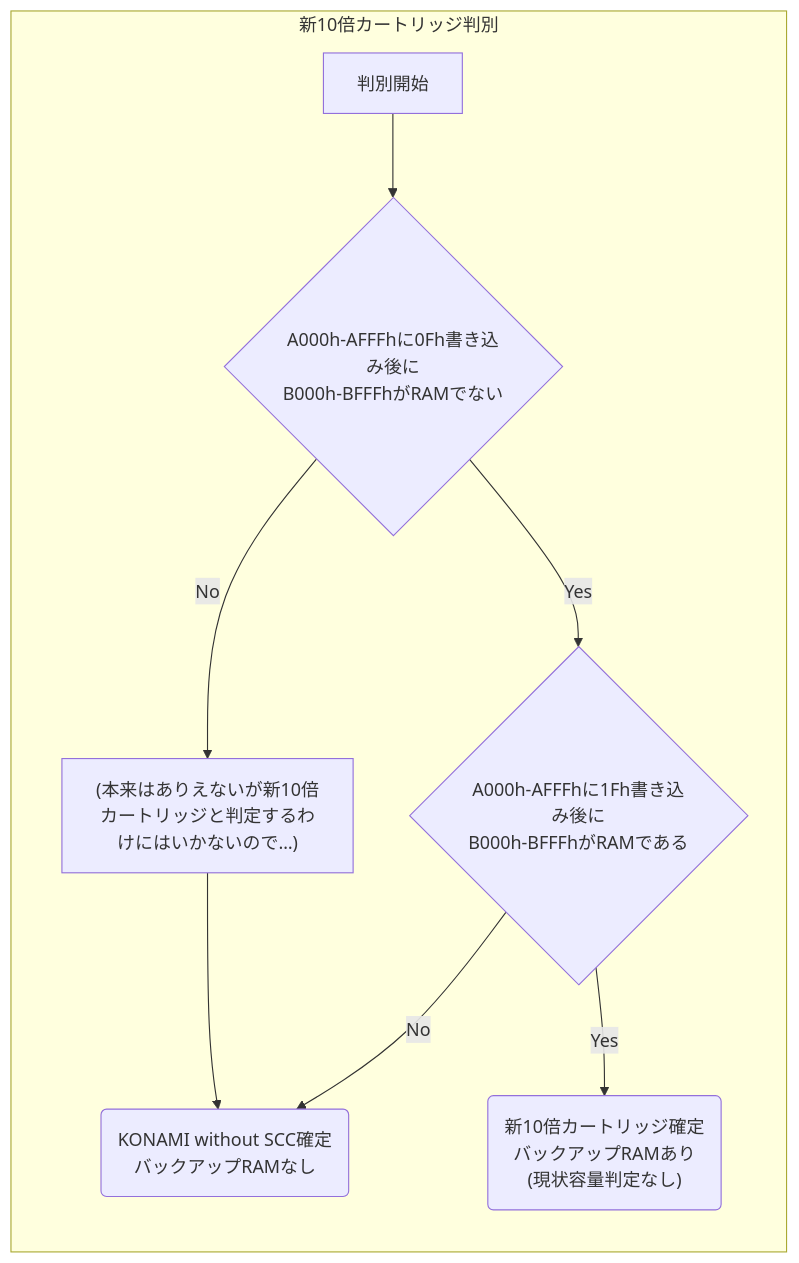
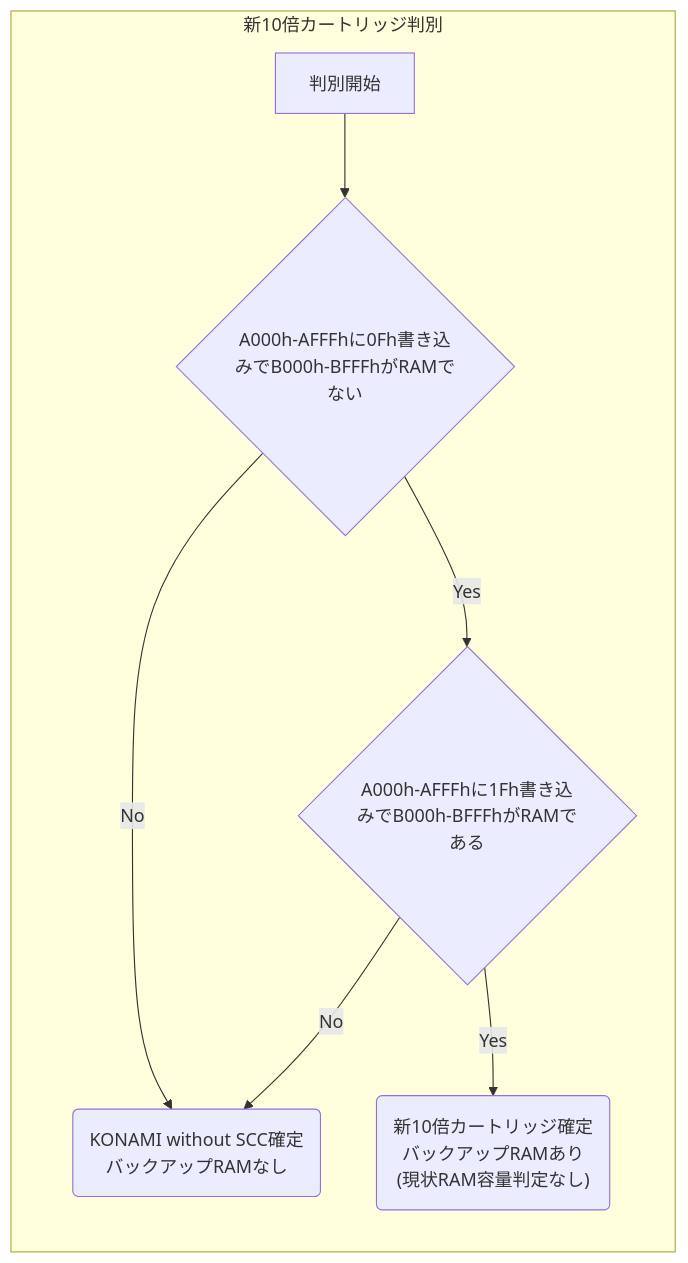
One commit to goriponsoft/MSX-MegaROM-IdentificationTool changed the diagram in flow_knm.md. Above: the diagram before and after it, drawn with Mermaid. The commit also changed other lines of this file and 5 other files, not shown here.

````diff
--- a/flow_knm.md
+++ b/flow_knm.md
@@ -2,16 +2,16 @@
 ```mermaid
 graph TD
 subgraph GM2["新10倍カートリッジ判別"]
 	direction TB;
 	GM2_STA["判別開始"];
 	GM2_STA --> GM2_CHK1;
-	GM2_CHK1{"A000h-AFFFhに0Fh書き込み後に<br>B000h-BFFFhがRAMでない"};
-	GM2_CHK1 -- No --> KNM_UNK["(本来はありえないが新10倍カートリッジと判定するわけにはいかないので…)"]　--> GM2_KNM;
+	GM2_CHK1{"A000h-AFFFhに0Fh書き込みでB000h-BFFFhがRAMでない"};
+	GM2_CHK1 -- No --> GM2_KNM;
 	GM2_CHK1 -- Yes --> GM2_CHK2;
-	GM2_CHK2{"A000h-AFFFhに1Fh書き込み後に<br>B000h-BFFFhがRAMである"};
+	GM2_CHK2{"A000h-AFFFhに1Fh書き込みでB000h-BFFFhがRAMである"};
 	GM2_CHK2 -- No --> GM2_KNM;
 	GM2_CHK2 -- Yes --> GM2_GM2;
 	GM2_KNM("KONAMI without SCC確定<br>バックアップRAMなし");
-	GM2_GM2("新10倍カートリッジ確定<br>バックアップRAMあり<br>(現状容量判定なし)");
+	GM2_GM2("新10倍カートリッジ確定<br>バックアップRAMあり<br>(現状RAM容量判定なし)");
 end
 ```
````
